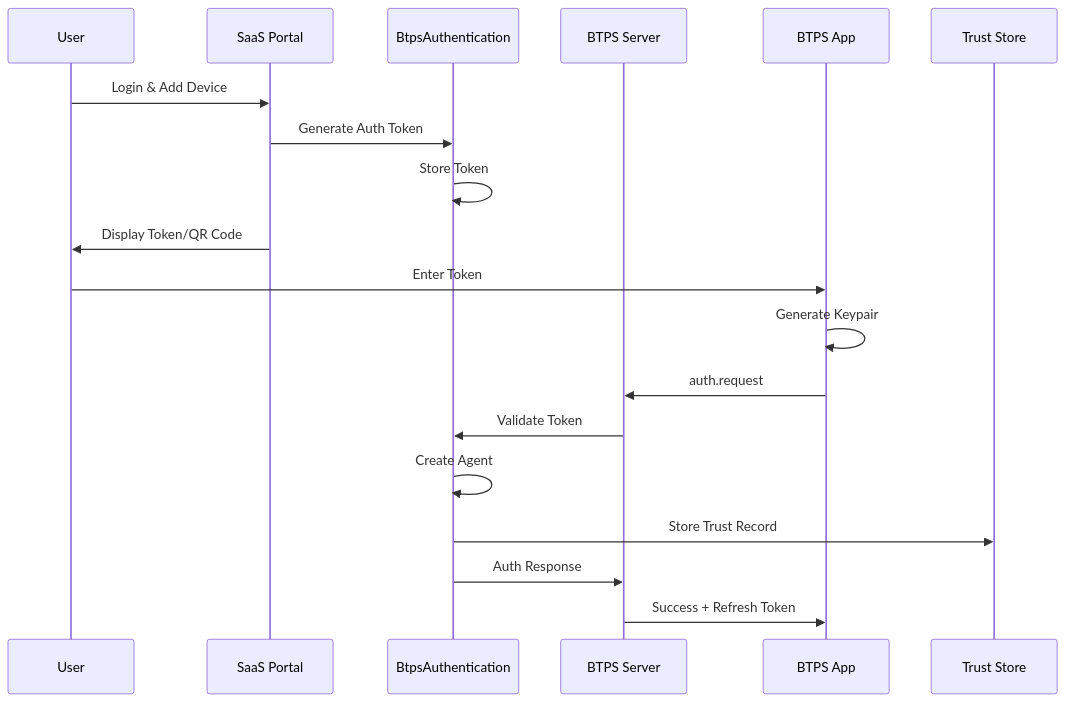
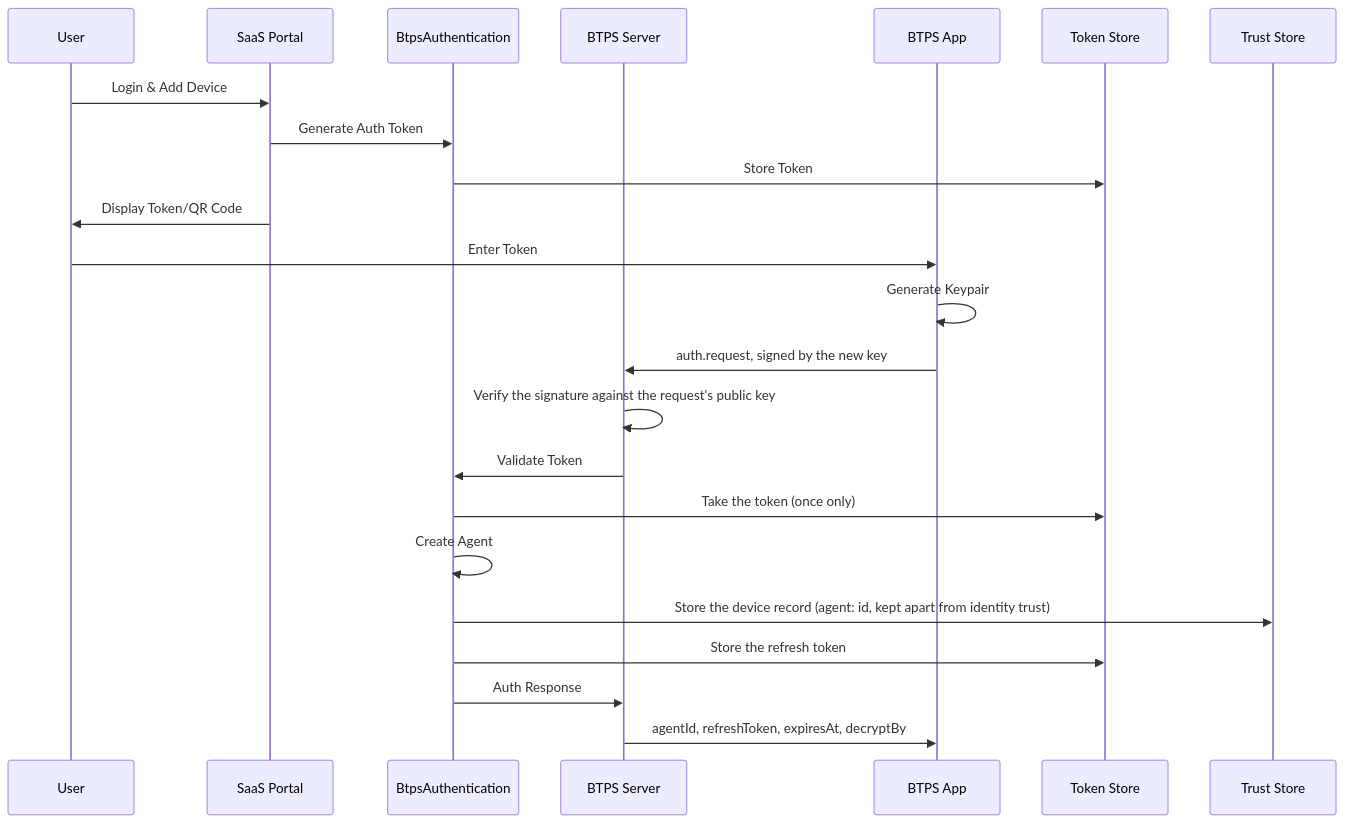
Before and after one commit to openbtps/btps-node: the second of 3 diagrams in docs/docusaurus/docs/protocol/authentication/overview.md, drawn with Mermaid. The commit also changed other lines of this file and 26 other files, not shown here.

First line of the commit message:
Docs: bring every diagram in line with 1.1

````diff
--- a/docs/docusaurus/docs/protocol/authentication/overview.md
+++ b/docs/docusaurus/docs/protocol/authentication/overview.md
@@ -63,22 +63,26 @@
 ```mermaid
 sequenceDiagram
     participant User
     participant SaaS Portal
     participant BtpsAuthentication
     participant BTPS Server
     participant BTPS App
+    participant Token Store
     participant Trust Store
 
     User->>SaaS Portal: Login & Add Device
     SaaS Portal->>BtpsAuthentication: Generate Auth Token
-    BtpsAuthentication->>BtpsAuthentication: Store Token
+    BtpsAuthentication->>Token Store: Store Token
     SaaS Portal->>User: Display Token/QR Code
     User->>BTPS App: Enter Token
     BTPS App->>BTPS App: Generate Keypair
-    BTPS App->>BTPS Server: auth.request
+    BTPS App->>BTPS Server: auth.request, signed by the new key
+    BTPS Server->>BTPS Server: Verify the signature against the request's public key
     BTPS Server->>BtpsAuthentication: Validate Token
+    BtpsAuthentication->>Token Store: Take the token (once only)
     BtpsAuthentication->>BtpsAuthentication: Create Agent
-    BtpsAuthentication->>Trust Store: Store Trust Record
+    BtpsAuthentication->>Trust Store: Store the device record (agent: id, kept apart from identity trust)
+    BtpsAuthentication->>Token Store: Store the refresh token
     BtpsAuthentication->>BTPS Server: Auth Response
-    BTPS Server->>BTPS App: Success + Refresh Token
+    BTPS Server->>BTPS App: agentId, refreshToken, expiresAt, decryptBy
 ```
````
